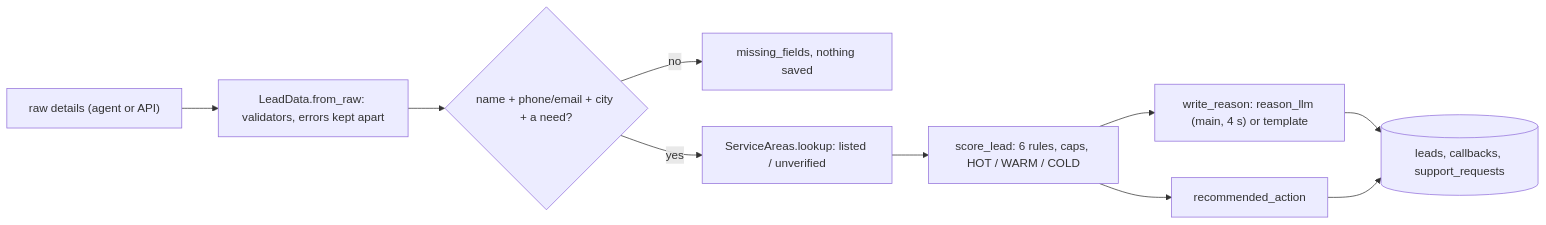
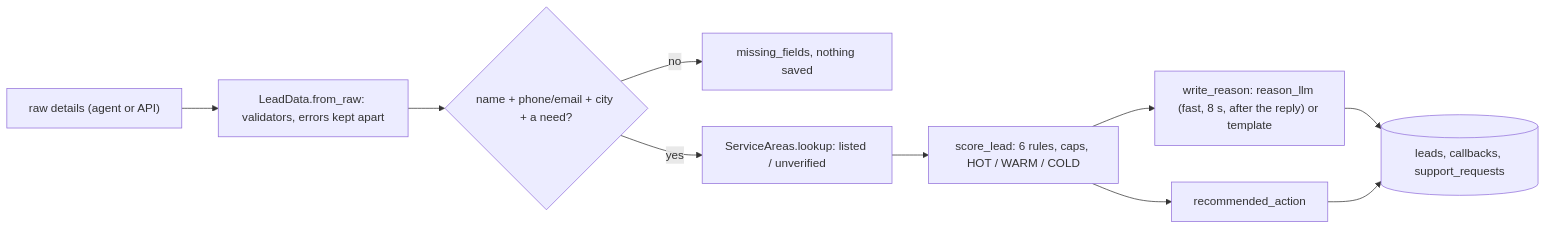
Before and after one commit to AdithyaChauhan/vantis-sales-agent: the sixth of 8 diagrams in docs/ARCHITECTURE.md, drawn with Mermaid. The commit also changed other lines of this file and 10 other files, not shown here.

````diff
--- a/docs/ARCHITECTURE.md
+++ b/docs/ARCHITECTURE.md
@@ -141,12 +131,12 @@
 ```mermaid
 flowchart LR
   raw["raw details (agent or API)"] --> parse["LeadData.from_raw: validators, errors kept apart"]
   parse --> min{"name + phone/email + city + a need?"}
   min -->|"no"| missing["missing_fields, nothing saved"]
   min -->|"yes"| loc["ServiceAreas.lookup: listed / unverified"]
   loc --> score["score_lead: 6 rules, caps, HOT / WARM / COLD"]
-  score --> reason["write_reason: reason_llm (main, 4 s) or template"]
+  score --> reason["write_reason: reason_llm (fast, 8 s, after the reply) or template"]
   score --> action["recommended_action"]
   reason --> db[("leads, callbacks, support_requests")]
   action --> db
 ```
````
